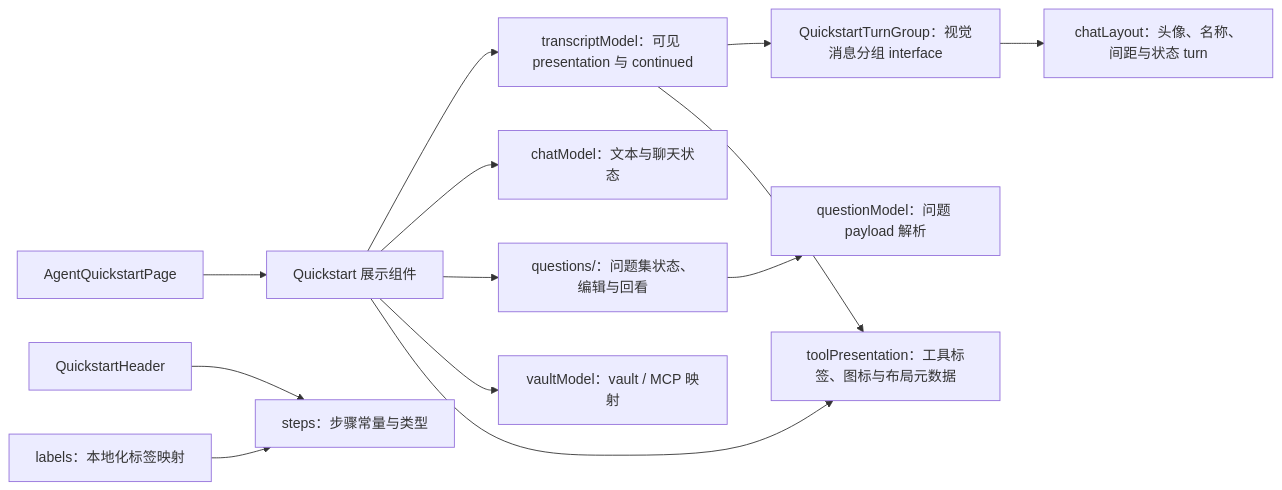
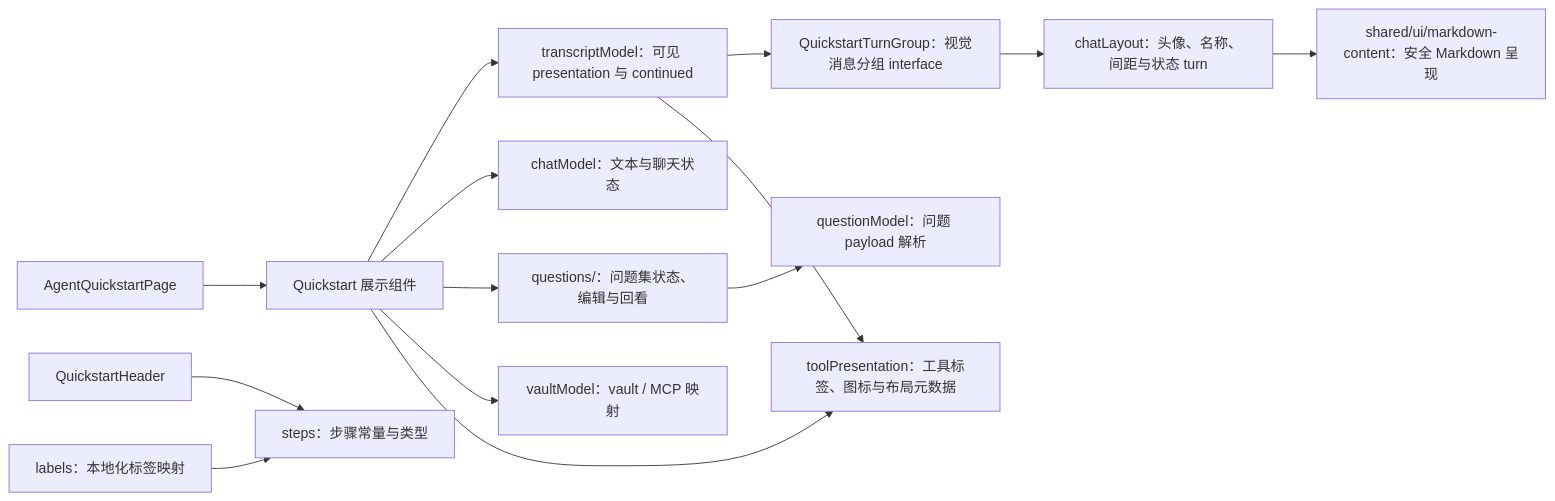
The third of 3 diagrams in docs/design/fe/managed-agent-quickstart-interactions.md (Postroggy/open-managed-agents), drawn with Mermaid before and after one commit. The commit also changed other lines of this file and 5 other files, not shown here.

````diff
--- a/docs/design/fe/managed-agent-quickstart-interactions.md
+++ b/docs/design/fe/managed-agent-quickstart-interactions.md
@@ -110,15 +112,16 @@
 ```mermaid
 flowchart LR
   Page["AgentQuickstartPage"] --> Components["Quickstart 展示组件"]
   Components --> Transcript["transcriptModel：可见 presentation 与 continued"]
   Transcript --> TurnGroup["QuickstartTurnGroup：视觉消息分组 interface"]
   TurnGroup --> ChatLayout["chatLayout：头像、名称、间距与状态 turn"]
+  ChatLayout --> Markdown["shared/ui/markdown-content：安全 Markdown 呈现"]
   Components --> Chat["chatModel：文本与聊天状态"]
   Components --> Questions["questions/：问题集状态、编辑与回看"]
   Questions --> QuestionModel["questionModel：问题 payload 解析"]
   Components --> Vaults["vaultModel：vault / MCP 映射"]
   Components --> Tools["toolPresentation：工具标签、图标与布局元数据"]
   Transcript --> Tools
   Header["QuickstartHeader"] --> Steps["steps：步骤常量与类型"]
   Labels["labels：本地化标签映射"] --> Steps
 ```
````
